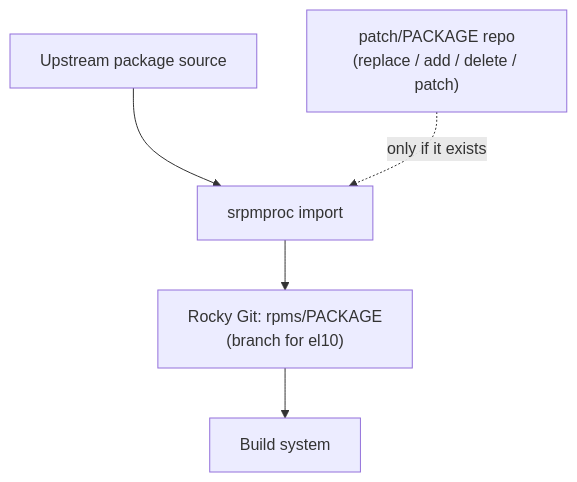
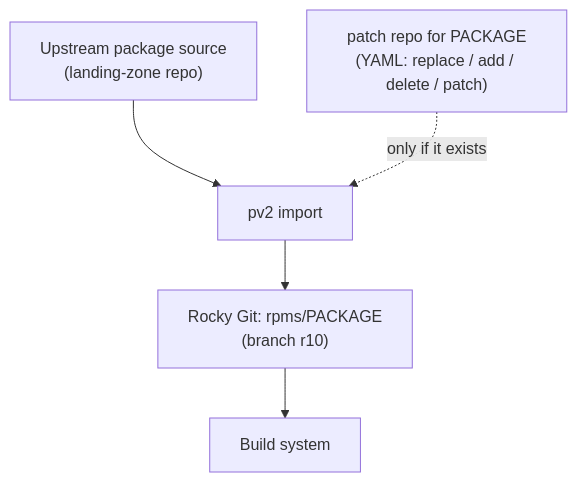
Before and after one commit to ssimpson89/LinuxTrainingCourse: the third of 8 diagrams in content/21-inside-rocky-linux.md, drawn with Mermaid. The commit also changed other lines of this file and 99 other files, not shown here.

````diff
--- a/content/21-inside-rocky-linux.md
+++ b/content/21-inside-rocky-linux.md
@@ -227,7 +237,7 @@
 ```mermaid
 flowchart TB
-    U["Upstream package source"] --> S["srpmproc import"]
-    P["patch/PACKAGE repo<br/>(replace / add / delete / patch)"] -.->|"only if it exists"| S
-    S --> R["Rocky Git: rpms/PACKAGE<br/>(branch for el10)"]
+    U["Upstream package source<br/>(landing-zone repo)"] --> S["pv2 import"]
+    P["patch repo for PACKAGE<br/>(YAML: replace / add / delete / patch)"] -.->|"only if it exists"| S
+    S --> R["Rocky Git: rpms/PACKAGE<br/>(branch r10)"]
     R --> B["Build system"]
 ```
````
